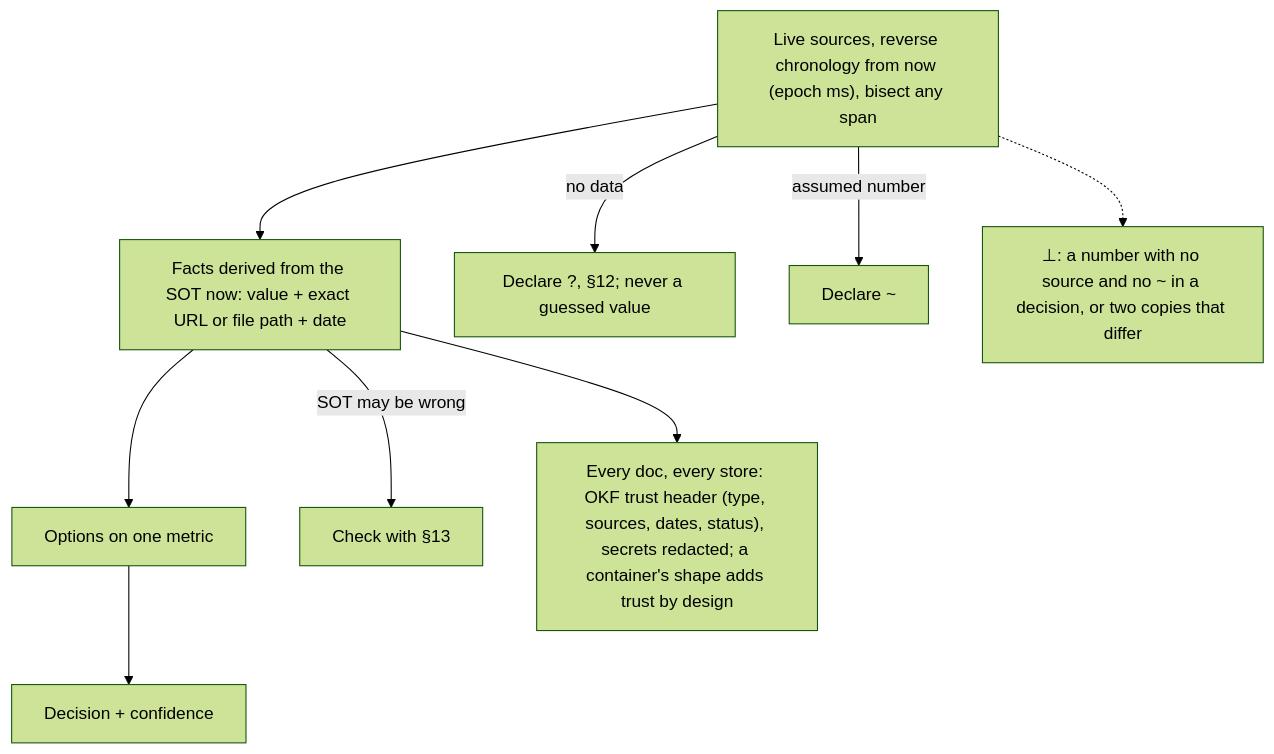
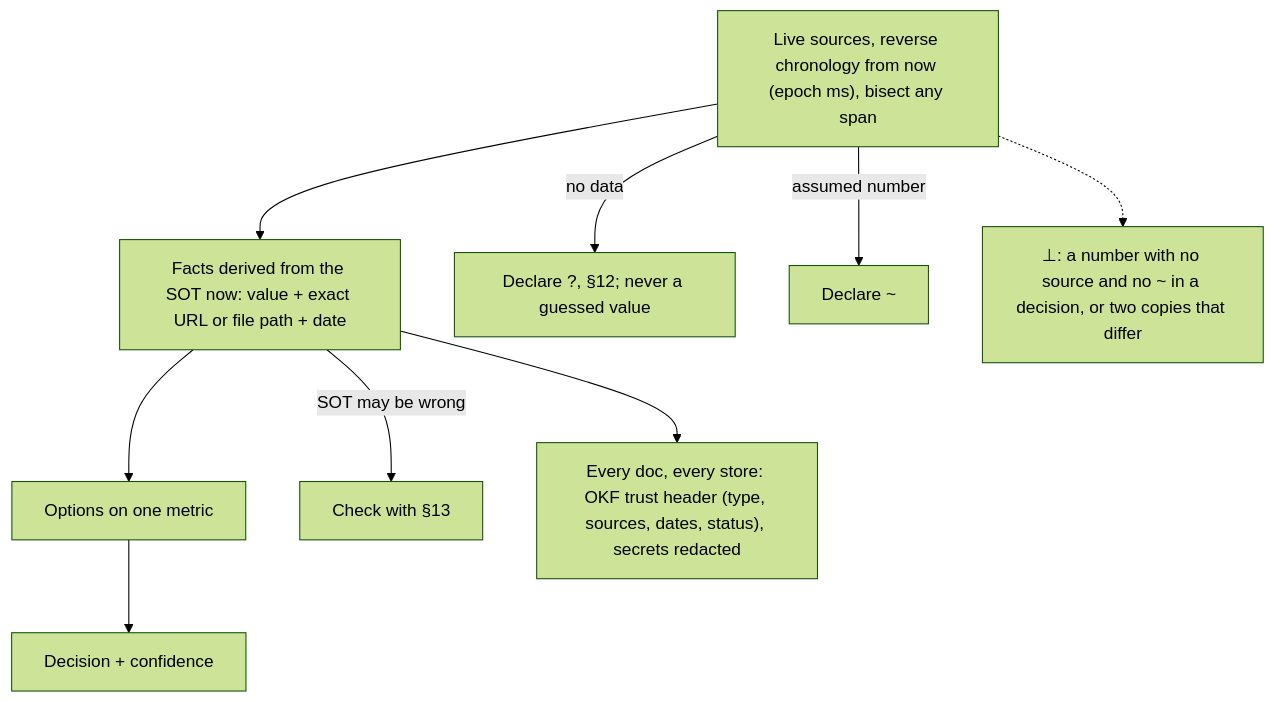
The sixth of 14 diagrams in AGENTS.md (SolenixAI/arbiter), drawn with Mermaid (forest theme) before and after one commit. The commit also changed other lines of this file and 1 other file, not shown here.

````diff
--- a/AGENTS.md
+++ b/AGENTS.md
@@ -316,10 +314,10 @@
 ```mermaid
 flowchart TD
   D["Live sources, reverse chronology from now (epoch ms), bisect any span"] --> E[Facts derived from the SOT now: value + exact URL or file path + date]
   E --> O[Options on one metric] --> C[Decision + confidence]
   D -->|no data| U["Declare ?, §12; never a guessed value"]
   D -->|assumed number| U2["Declare ~"]
   E -->|SOT may be wrong| S13[Check with §13]
-  E --> K["Every doc, every store: OKF trust header (type, sources, dates, status), secrets redacted; a container's shape adds trust by design"]
+  E --> K["Every doc, every store: OKF trust header (type, sources, dates, status), secrets redacted"]
   D -.-> BOT["⊥: a number with no source and no ~ in a decision, or two copies that differ"]
 ```
````
